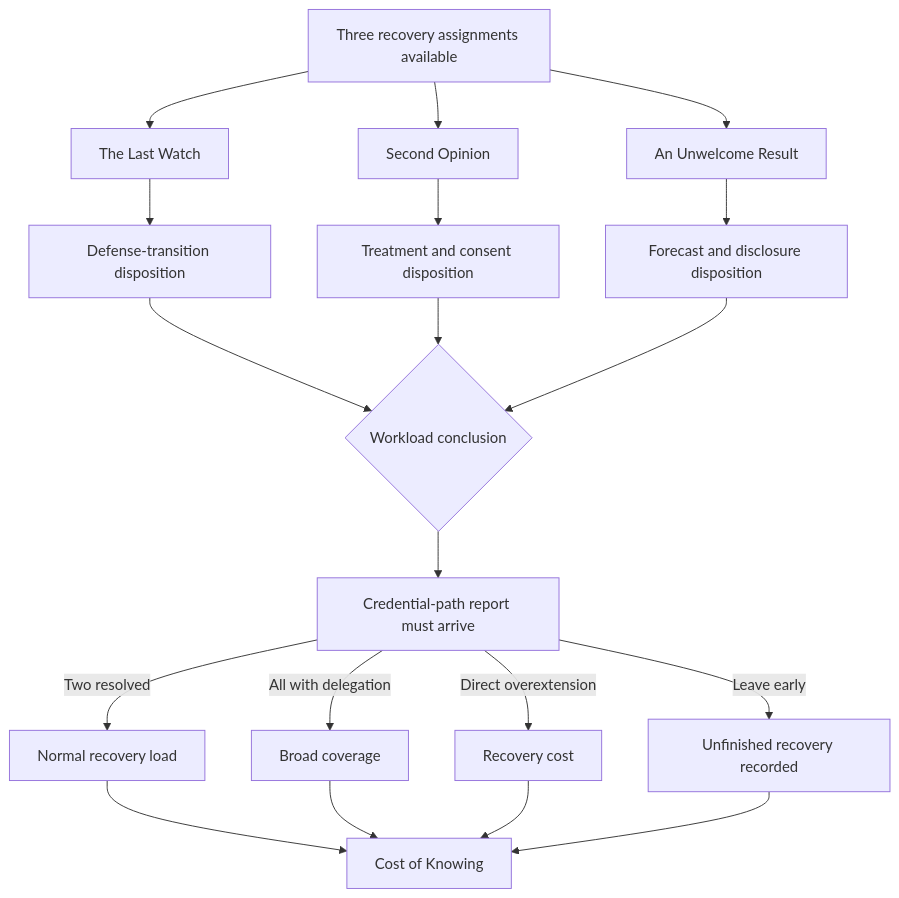
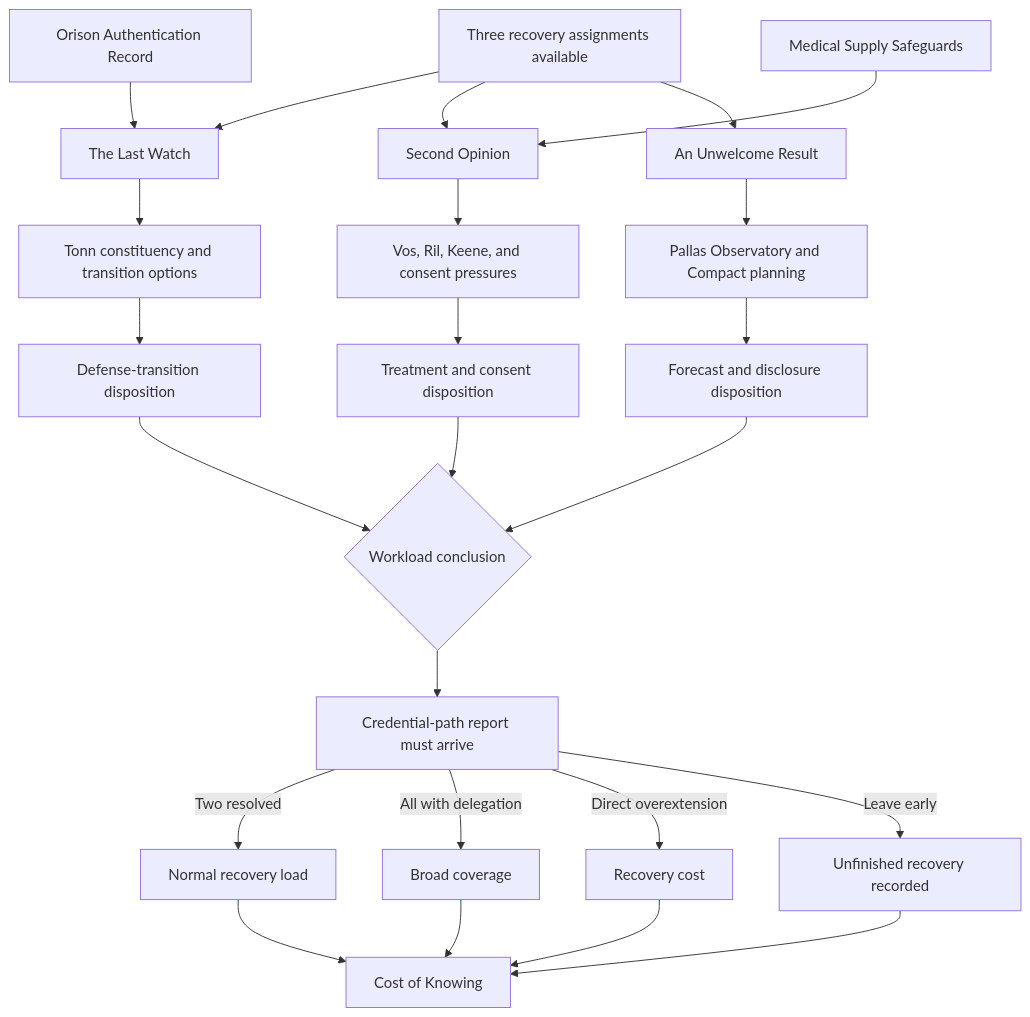
The ninth of 14 diagrams in docs/authoring/ASHES_OF_PEACE_ENRICHMENT.md (MentallyQuill/Directive), drawn with Mermaid before and after one commit. The commit also changed other lines of this file and 4 other files, not shown here.

````diff
--- a/docs/authoring/ASHES_OF_PEACE_ENRICHMENT.md
+++ b/docs/authoring/ASHES_OF_PEACE_ENRICHMENT.md
@@ -454,21 +454,26 @@
 ```mermaid
 flowchart TD
     A[Three recovery assignments available] --> B[The Last Watch]
     A --> C[Second Opinion]
     A --> D[An Unwelcome Result]
-    B --> E[Defense-transition disposition]
-    C --> F[Treatment and consent disposition]
-    D --> G[Forecast and disclosure disposition]
-    E --> H{Workload conclusion}
-    F --> H
-    G --> H
-    H --> I[Credential-path report must arrive]
-    I -->|Two resolved| J[Normal recovery load]
-    I -->|All with delegation| K[Broad coverage]
-    I -->|Direct overextension| L[Recovery cost]
-    I -->|Leave early| M[Unfinished recovery recorded]
-    J --> N[Cost of Knowing]
-    K --> N
-    L --> N
-    M --> N
+    E[Orison Authentication Record] --> B
+    F[Medical Supply Safeguards] --> C
+    B --> G[Tonn constituency and transition options]
+    C --> H[Vos, Ril, Keene, and consent pressures]
+    D --> I[Pallas Observatory and Compact planning]
+    G --> J[Defense-transition disposition]
+    H --> K[Treatment and consent disposition]
+    I --> L[Forecast and disclosure disposition]
+    J --> M{Workload conclusion}
+    K --> M
+    L --> M
+    M --> N[Credential-path report must arrive]
+    N -->|Two resolved| O[Normal recovery load]
+    N -->|All with delegation| P[Broad coverage]
+    N -->|Direct overextension| Q[Recovery cost]
+    N -->|Leave early| R[Unfinished recovery recorded]
+    O --> S[Cost of Knowing]
+    P --> S
+    Q --> S
+    R --> S
 ```
````
